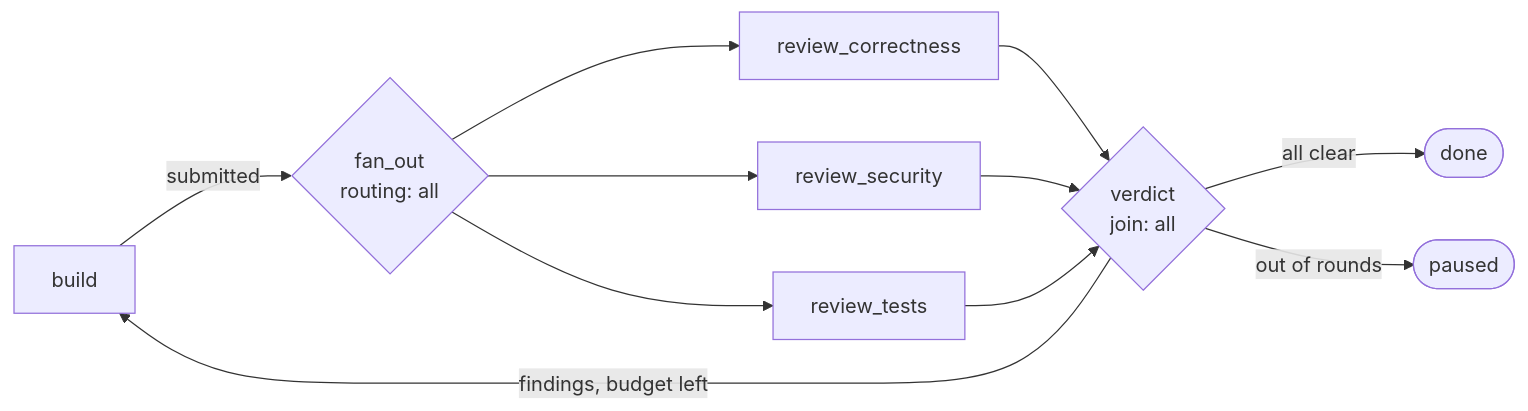
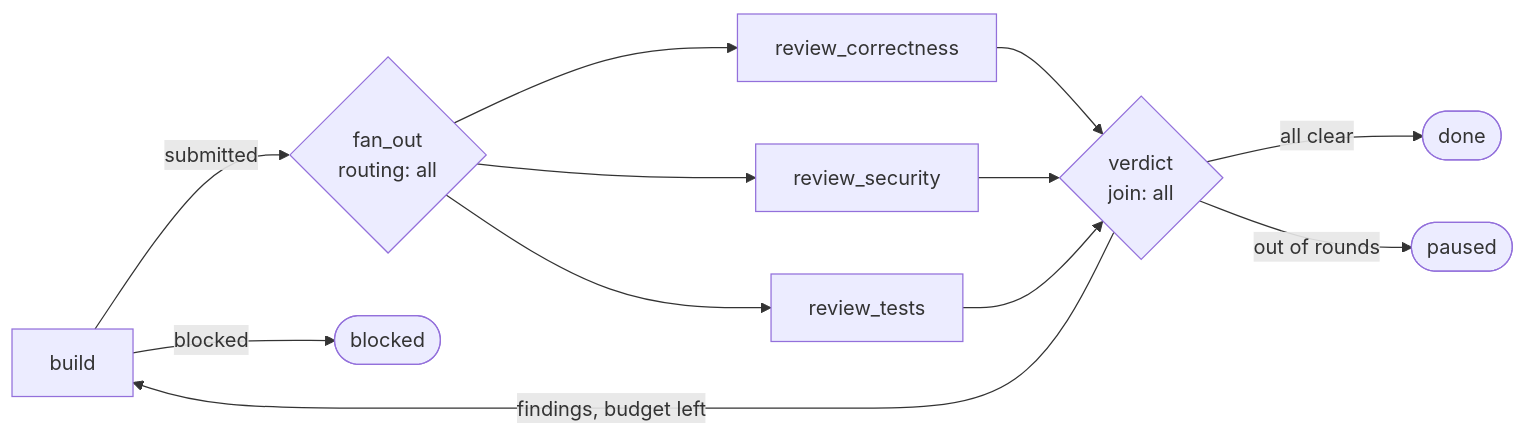
One commit to niradler/orc changed the second of 2 diagrams in docs/task-flows.md. Above: the diagram before and after it, drawn with Mermaid. The commit also changed other lines of this file and 16 other files, not shown here.

First line of the commit message:
fix(flows): address self-review findings across engine, runner, and surfaces

````diff
--- a/docs/task-flows.md
+++ b/docs/task-flows.md
@@ -191,13 +205,14 @@
 ```mermaid
 flowchart LR
   build[build] -->|submitted| fan{fan_out<br/>routing: all}
+  build -->|blocked| blocked_out([blocked])
   fan --> c[review_correctness]
   fan --> s[review_security]
   fan --> t[review_tests]
   c --> v{verdict<br/>join: all}
   s --> v
   t --> v
   v -->|all clear| done([done])
   v -->|findings, budget left| build
   v -->|out of rounds| escalated([paused])
 ```
````
